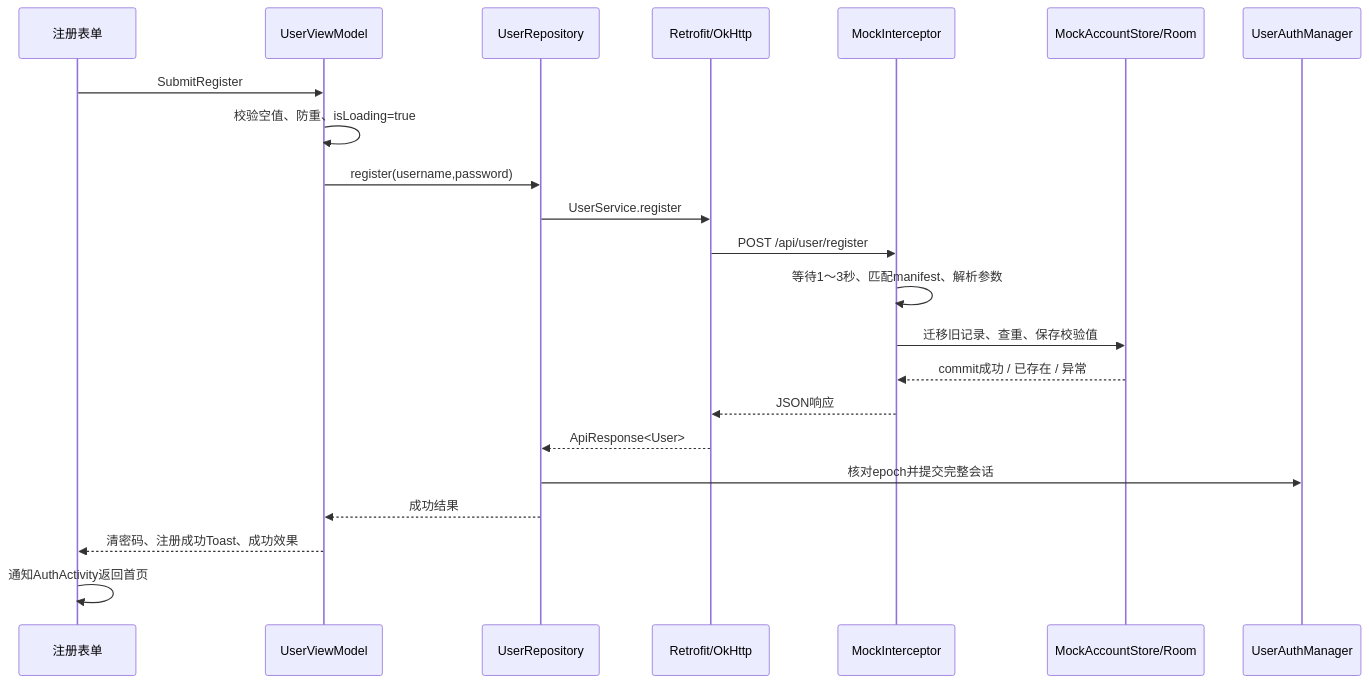
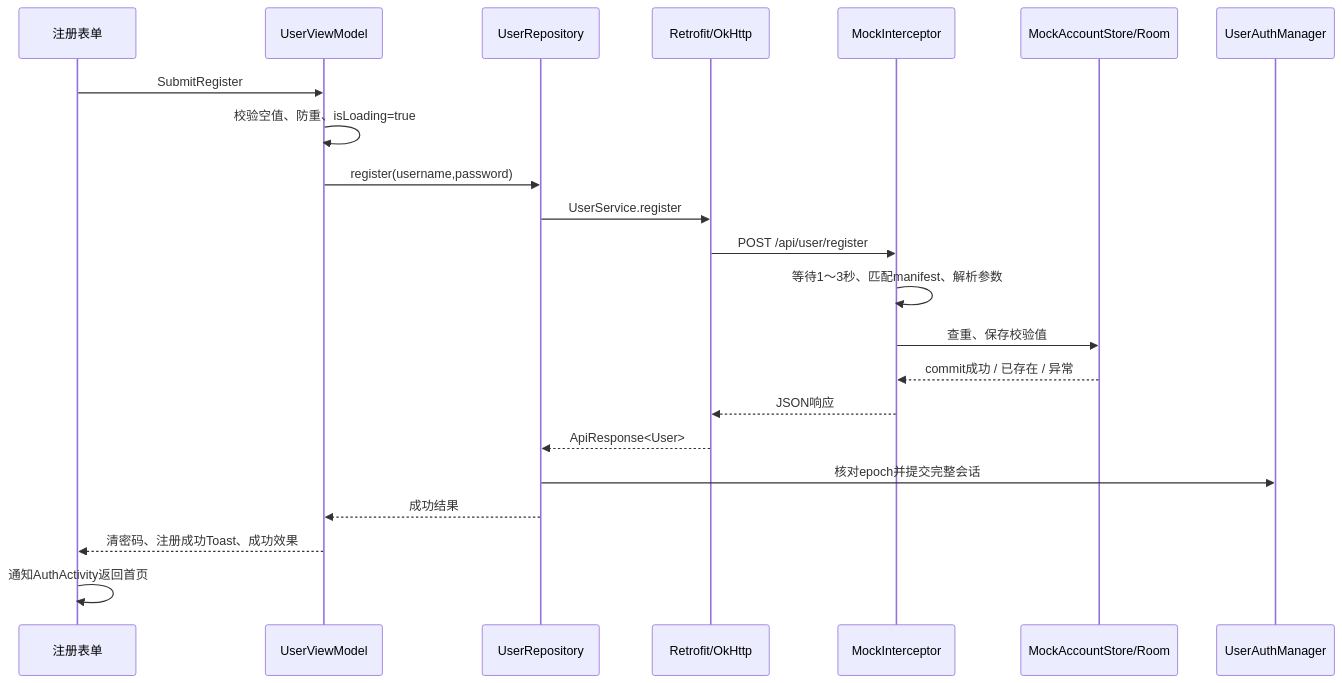
The third of 3 diagrams in docs/development/登录注册功能新手指南.md (rickdynasty/EntryTask), drawn with Mermaid before and after one commit. The commit also changed other lines of this file and 114 other files, not shown here.

````diff
--- a/docs/development/登录注册功能新手指南.md
+++ b/docs/development/登录注册功能新手指南.md
@@ -774,24 +743,24 @@
 ```mermaid
 sequenceDiagram
     participant UI as 注册表单
     participant VM as UserViewModel
     participant R as UserRepository
     participant HTTP as Retrofit/OkHttp
     participant MOCK as MockInterceptor
     participant STORE as MockAccountStore/Room
     participant SESSION as UserAuthManager
     UI->>VM: SubmitRegister
     VM->>VM: 校验空值、防重、isLoading=true
     VM->>R: register(username,password)
     R->>HTTP: UserService.register
     HTTP->>MOCK: POST /api/user/register
     MOCK->>MOCK: 等待1～3秒、匹配manifest、解析参数
-    MOCK->>STORE: 迁移旧记录、查重、保存校验值
+    MOCK->>STORE: 查重、保存校验值
     STORE-->>MOCK: commit成功 / 已存在 / 异常
     MOCK-->>HTTP: JSON响应
     HTTP-->>R: ApiResponse<User>
     R->>SESSION: 核对epoch并提交完整会话
     R-->>VM: 成功结果
     VM-->>UI: 清密码、注册成功Toast、成功效果
     UI->>UI: 通知AuthActivity返回首页
 ```
````
